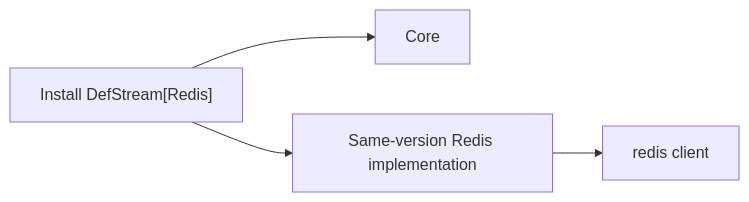
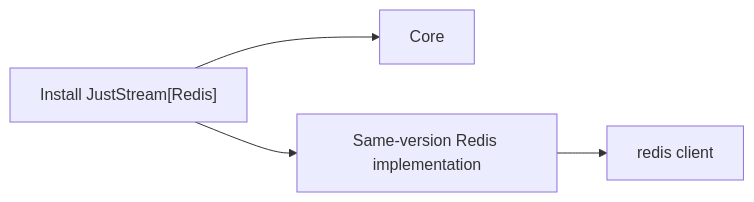
Before and after one commit to yong5eon/JustStream: the diagram in docs/Packaging.en.md, drawn with Mermaid. The commit also changed other lines of this file and 101 other files, not shown here.

First line of the commit message:
DefStream 이름을 JustStream으로 변경

````diff
--- a/docs/Packaging.en.md
+++ b/docs/Packaging.en.md
@@ -11,6 +11,6 @@
 ```mermaid
 flowchart LR
-  A["Install DefStream[Redis]"] --> B["Core"]
+  A["Install JustStream[Redis]"] --> B["Core"]
   A --> C["Same-version Redis implementation"]
   C --> D["redis client"]
 ```
````
